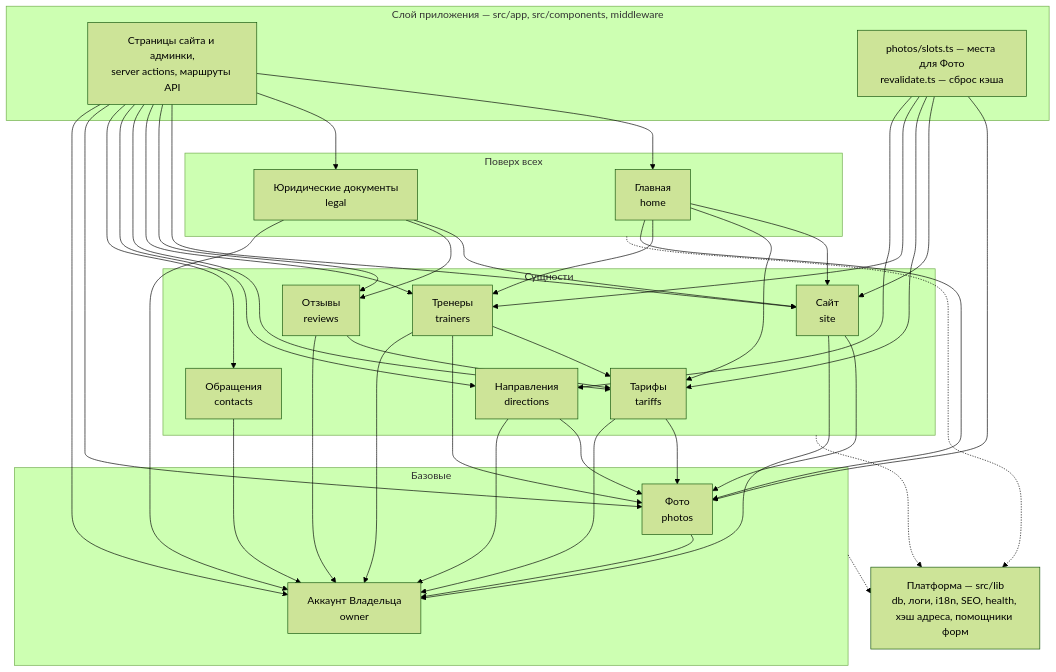
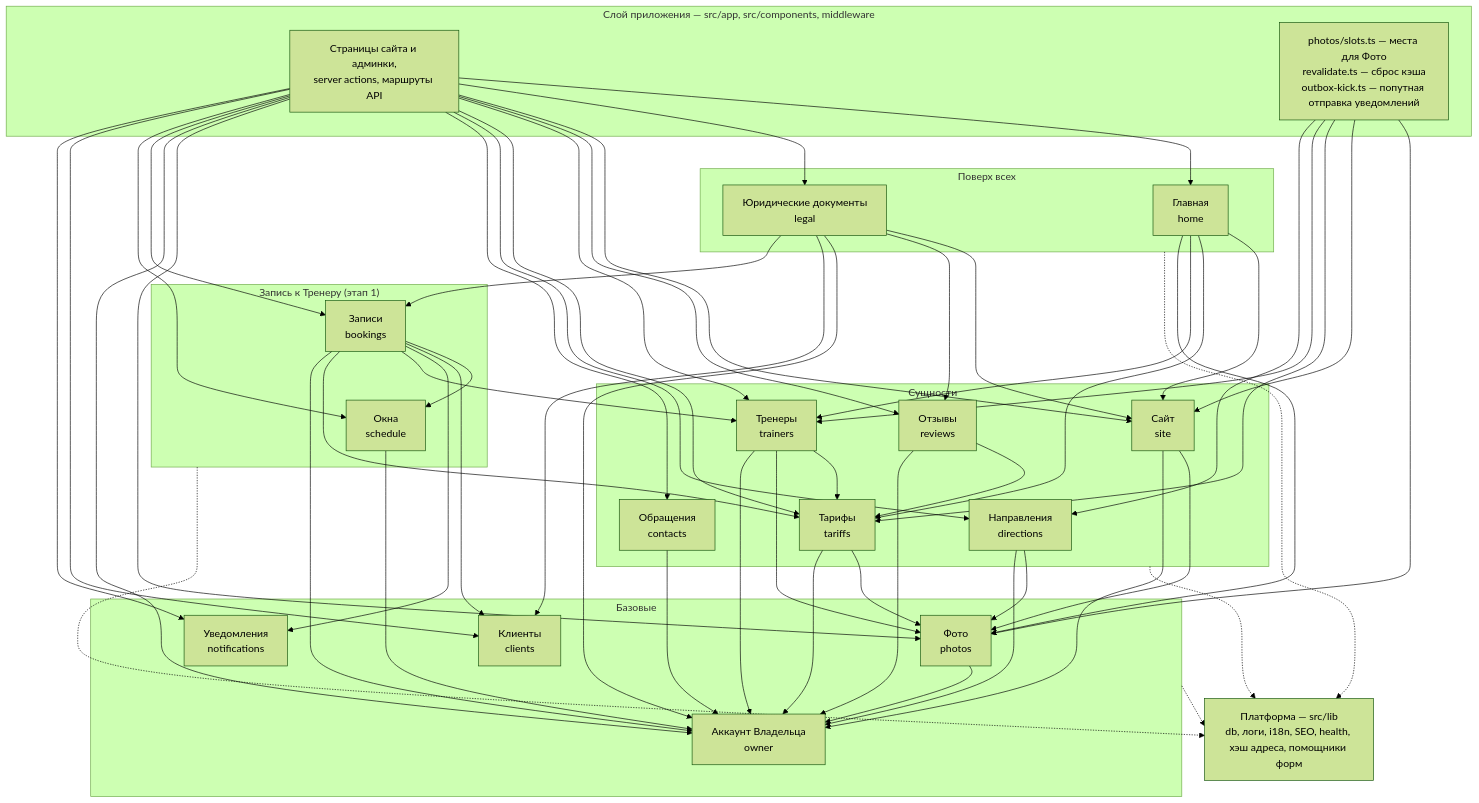
One commit to korolmo/athletics-gym changed the diagram in docs/architecture/components.md. Above: the diagram before and after it, drawn with Mermaid (forest theme). The commit also changed other lines of this file, not shown here.

Commit message:
C4 компонентов: модули этапа 1 — Клиенты, Окна, Записи, Уведомления

````diff
--- a/docs/architecture/components.md
+++ b/docs/architecture/components.md
@@ -6,45 +6,55 @@
 ```mermaid
 flowchart TB
   subgraph app["Слой приложения — src/app, src/components, middleware"]
     pages["Страницы сайта и админки,<br/>server actions, маршруты API"]
-    slots["photos/slots.ts — места для Фото<br/>revalidate.ts — сброс кэша"]
+    slots["photos/slots.ts — места для Фото<br/>revalidate.ts — сброс кэша<br/>outbox-kick.ts — попутная отправка уведомлений"]
   end
 
   subgraph top["Поверх всех"]
     home["Главная<br/>home"]
     legal["Юридические документы<br/>legal"]
+  end
+
+  subgraph booking["Запись к Тренеру (этап 1)"]
+    bookings["Записи<br/>bookings"]
+    schedule["Окна<br/>schedule"]
   end
 
   subgraph entities["Сущности"]
     site["Сайт<br/>site"]
     reviews["Отзывы<br/>reviews"]
     trainers["Тренеры<br/>trainers"]
     tariffs["Тарифы<br/>tariffs"]
     directions["Направления<br/>directions"]
     contacts["Обращения<br/>contacts"]
   end
 
   subgraph base["Базовые"]
     photos["Фото<br/>photos"]
     owner["Аккаунт Владельца<br/>owner"]
+    clients["Клиенты<br/>clients"]
+    notifications["Уведомления<br/>notifications"]
   end
 
   platform["Платформа — src/lib<br/>db, логи, i18n, SEO, health, хэш адреса, помощники форм"]
 
-  pages --> home & legal & site & reviews & trainers & tariffs & directions & contacts & photos & owner
+  pages --> home & legal & site & reviews & trainers & tariffs & directions & contacts & photos & owner & bookings & schedule & clients & notifications
   slots --> photos & site & tariffs & trainers & directions
 
   home --> site & tariffs & trainers & photos
-  legal --> site & reviews & owner
+  legal --> site & reviews & owner & clients & bookings
+
+  bookings --> schedule & clients & notifications & trainers & tariffs & owner
+  schedule --> owner
 
   site --> photos & owner
   reviews --> tariffs & owner
   trainers --> tariffs & photos & owner
   tariffs --> photos & owner
   directions --> photos & owner
   contacts --> owner
 
   photos --> owner
 
-  top & entities & base -.-> platform
+  top & booking & entities & base -.-> platform
 ```
````
